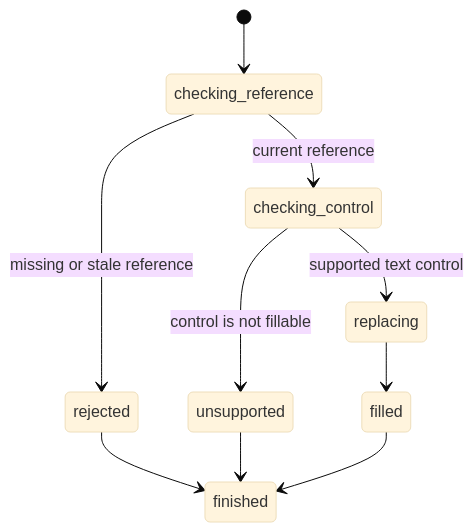
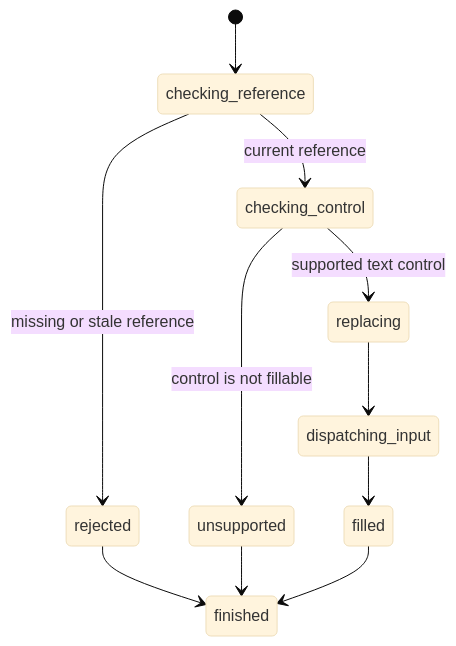
One commit to thoriqakbar0/browser.jr changed the diagram in interaction/fill-text.md. Above: the diagram before and after it, drawn with Mermaid (base theme). The commit also changed other lines of this file and 33 other files, not shown here.

````diff
--- a/interaction/fill-text.md
+++ b/interaction/fill-text.md
@@ -23,12 +23,13 @@
 ```mermaid
 stateDiagram-v2
     [*] --> checking_reference
     checking_reference --> rejected : missing or stale reference
     checking_reference --> checking_control : current reference
     checking_control --> unsupported : control is not fillable
     checking_control --> replacing : supported text control
-    replacing --> filled
+    replacing --> dispatching_input
+    dispatching_input --> filled
     rejected --> finished
     unsupported --> finished
     filled --> finished
 ```
````
